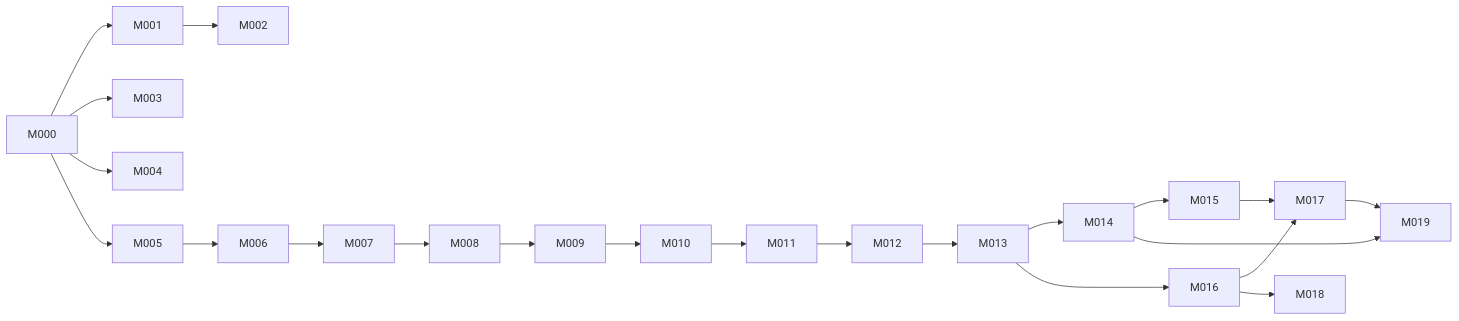
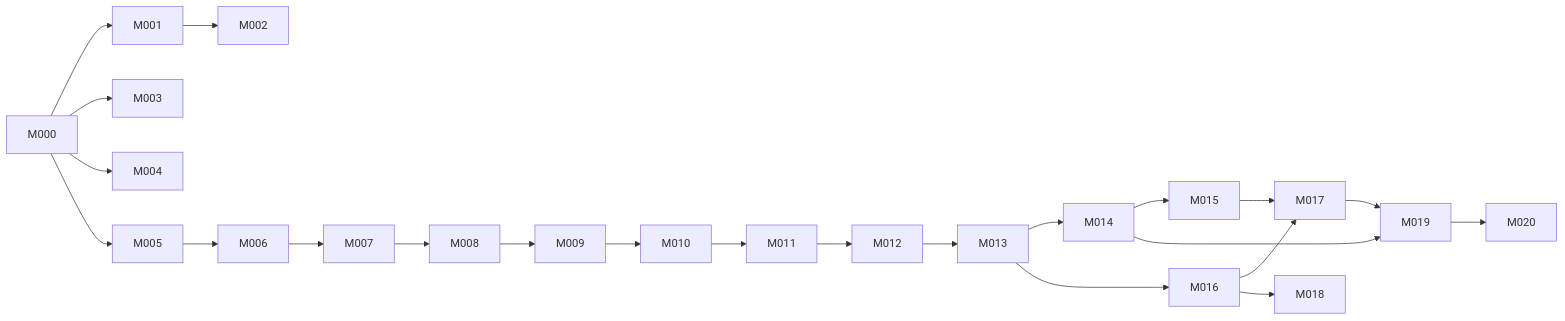
One commit to eskobar95/mercflow changed the diagram in .factory/planning/milestones.md. Above: the diagram before and after it, drawn with Mermaid. The commit also changed other lines of this file and 2 other files, not shown here.

````diff
--- a/.factory/planning/milestones.md
+++ b/.factory/planning/milestones.md
@@ -549,24 +551,25 @@
 ```mermaid
 flowchart LR
   M000 --> M001
   M000 --> M003
   M000 --> M004
   M000 --> M005
   M001 --> M002
   M005 --> M006
   M006 --> M007
   M007 --> M008
   M008 --> M009
   M009 --> M010
   M010 --> M011
   M011 --> M012
   M012 --> M013
   M013 --> M014
   M013 --> M016
   M014 --> M015
   M015 --> M017
   M016 --> M017
   M016 --> M018
   M014 --> M019
   M017 --> M019
+  M019 --> M020
 ```
````
